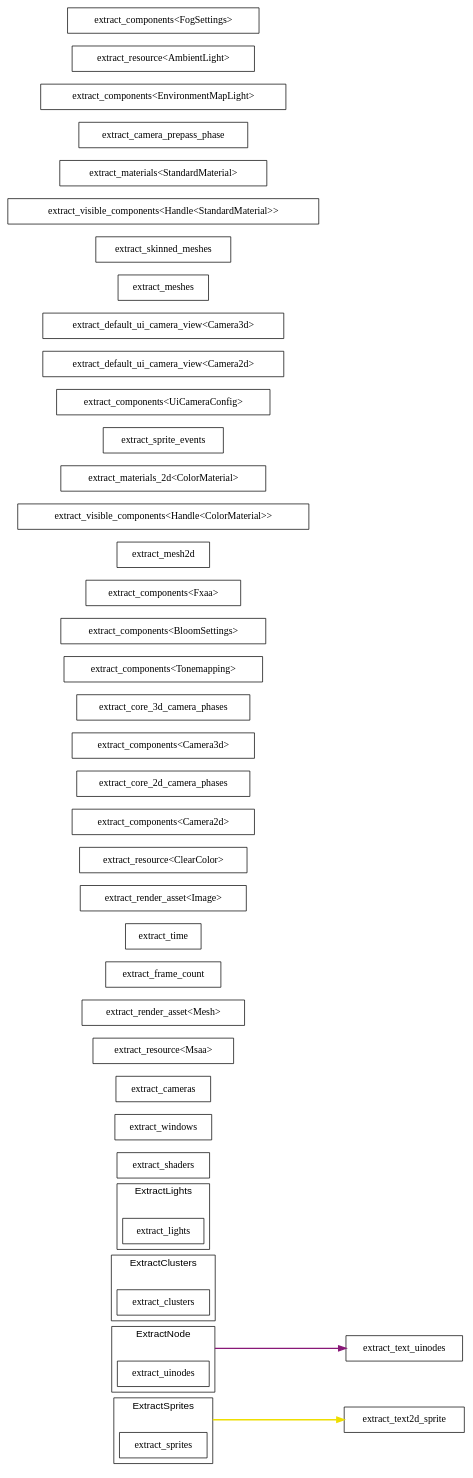
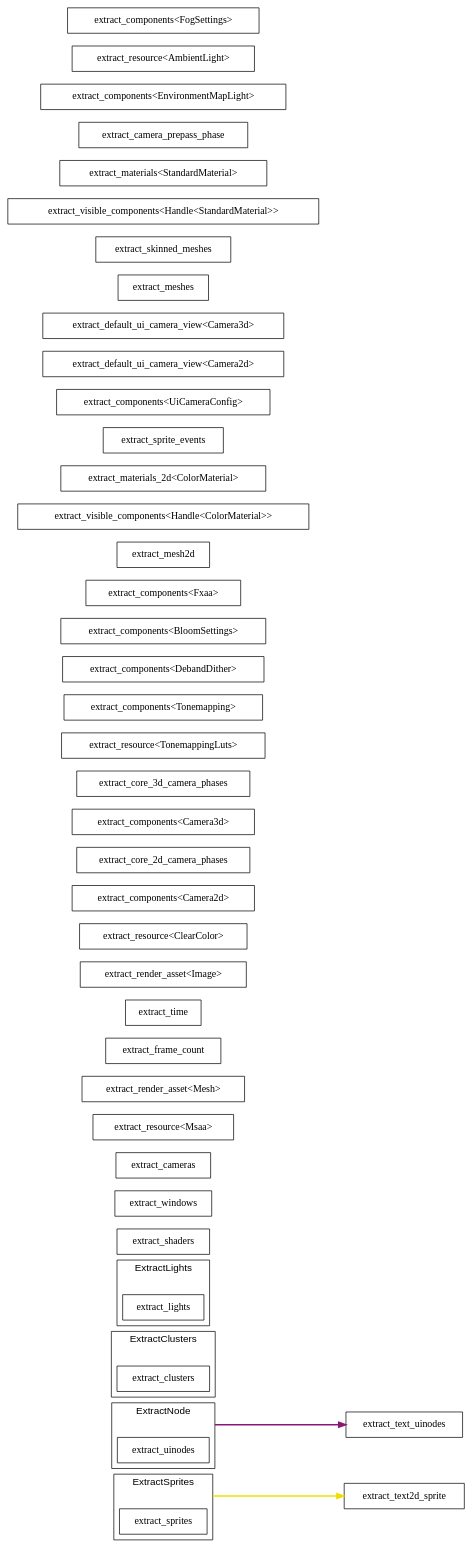
The diagram in docs/schedule/light/render_schedule_ExtractSchedule.dot (jakobhellermann/bevy_mod_debugdump), drawn with Graphviz before and after one commit. The commit also changed 39 other files, not shown here.

```diff
--- a/docs/schedule/light/render_schedule_ExtractSchedule.dot
+++ b/docs/schedule/light/render_schedule_ExtractSchedule.dot
@@ -1,80 +1,82 @@
 digraph "" {
 	"compound"="true";
 	"splines"="spline";
 	"rankdir"="LR";
 	"bgcolor"="white";
 	"fontname"="Helvetica";
 	edge ["penwidth"="2"];
 	node ["shape"="box", "style"="filled", "fillcolor"="white", "color"="black"];
-	subgraph "clusternode_Set(20)" {
+	subgraph "clusternode_Set(22)" {
 		"label"="ExtractSprites";
 		"tooltip"="ExtractSprites";
 		"bgcolor"="white";
 		"color"="black";
-		"set_marker_node_Set(20)" ["style"="invis", "label"="", "height"="0", "shape"="point"]
-		"node_System(19)" ["label"="extract_sprites", "tooltip"="bevy_sprite::render::extract_sprites"]
+		"set_marker_node_Set(22)" ["style"="invis", "label"="", "height"="0", "shape"="point"]
+		"node_System(21)" ["label"="extract_sprites", "tooltip"="bevy_sprite::render::extract_sprites"]
 	}
 	
-	subgraph "clusternode_Set(27)" {
+	subgraph "clusternode_Set(29)" {
 		"label"="ExtractNode";
 		"tooltip"="ExtractNode";
 		"bgcolor"="white";
 		"color"="black";
-		"set_marker_node_Set(27)" ["style"="invis", "label"="", "height"="0", "shape"="point"]
-		"node_System(25)" ["label"="extract_uinodes", "tooltip"="bevy_ui::render::extract_uinodes"]
+		"set_marker_node_Set(29)" ["style"="invis", "label"="", "height"="0", "shape"="point"]
+		"node_System(27)" ["label"="extract_uinodes", "tooltip"="bevy_ui::render::extract_uinodes"]
 	}
 	
-	subgraph "clusternode_Set(38)" {
+	subgraph "clusternode_Set(40)" {
 		"label"="ExtractClusters";
 		"tooltip"="ExtractClusters";
 		"bgcolor"="white";
 		"color"="black";
-		"set_marker_node_Set(38)" ["style"="invis", "label"="", "height"="0", "shape"="point"]
-		"node_System(35)" ["label"="extract_clusters", "tooltip"="bevy_pbr::render::light::extract_clusters"]
+		"set_marker_node_Set(40)" ["style"="invis", "label"="", "height"="0", "shape"="point"]
+		"node_System(37)" ["label"="extract_clusters", "tooltip"="bevy_pbr::render::light::extract_clusters"]
 	}
 	
-	subgraph "clusternode_Set(40)" {
+	subgraph "clusternode_Set(42)" {
 		"label"="ExtractLights";
 		"tooltip"="ExtractLights";
 		"bgcolor"="white";
 		"color"="black";
-		"set_marker_node_Set(40)" ["style"="invis", "label"="", "height"="0", "shape"="point"]
-		"node_System(36)" ["label"="extract_lights", "tooltip"="bevy_pbr::render::light::extract_lights"]
+		"set_marker_node_Set(42)" ["style"="invis", "label"="", "height"="0", "shape"="point"]
+		"node_System(38)" ["label"="extract_lights", "tooltip"="bevy_pbr::render::light::extract_lights"]
 	}
 	
 	"node_System(0)" ["label"="extract_shaders", "tooltip"="bevy_render::render_resource::pipeline_cache::PipelineCache::extract_shaders"]
 	"node_System(1)" ["label"="extract_windows", "tooltip"="bevy_render::view::window::extract_windows"]
 	"node_System(2)" ["label"="extract_cameras", "tooltip"="bevy_render::camera::camera::extract_cameras"]
 	"node_System(3)" ["label"="extract_resource<Msaa>", "tooltip"="bevy_render::extract_resource::extract_resource<bevy_render::view::Msaa>"]
 	"node_System(4)" ["label"="extract_render_asset<Mesh>", "tooltip"="bevy_render::render_asset::extract_render_asset<bevy_render::mesh::mesh::Mesh>"]
 	"node_System(5)" ["label"="extract_frame_count", "tooltip"="bevy_render::globals::extract_frame_count"]
 	"node_System(6)" ["label"="extract_time", "tooltip"="bevy_render::globals::extract_time"]
 	"node_System(7)" ["label"="extract_render_asset<Image>", "tooltip"="bevy_render::render_asset::extract_render_asset<bevy_render::texture::image::Image>"]
 	"node_System(8)" ["label"="extract_resource<ClearColor>", "tooltip"="bevy_render::extract_resource::extract_resource<bevy_core_pipeline::clear_color::ClearColor>"]
 	"node_System(9)" ["label"="extract_components<Camera2d>", "tooltip"="bevy_render::extract_component::extract_components<bevy_core_pipeline::core_2d::camera_2d::Camera2d>"]
 	"node_System(10)" ["label"="extract_core_2d_camera_phases", "tooltip"="bevy_core_pipeline::core_2d::extract_core_2d_camera_phases"]
 	"node_System(11)" ["label"="extract_components<Camera3d>", "tooltip"="bevy_render::extract_component::extract_components<bevy_core_pipeline::core_3d::camera_3d::Camera3d>"]
 	"node_System(12)" ["label"="extract_core_3d_camera_phases", "tooltip"="bevy_core_pipeline::core_3d::extract_core_3d_camera_phases"]
-	"node_System(13)" ["label"="extract_components<Tonemapping>", "tooltip"="bevy_render::extract_component::extract_components<bevy_core_pipeline::tonemapping::Tonemapping>"]
-	"node_System(14)" ["label"="extract_components<BloomSettings>", "tooltip"="bevy_render::extract_component::extract_components<bevy_core_pipeline::bloom::BloomSettings>"]
-	"node_System(15)" ["label"="extract_components<Fxaa>", "tooltip"="bevy_render::extract_component::extract_components<bevy_core_pipeline::fxaa::Fxaa>"]
-	"node_System(16)" ["label"="extract_mesh2d", "tooltip"="bevy_sprite::mesh2d::mesh::extract_mesh2d"]
-	"node_System(17)" ["label"="extract_visible_components<Handle<ColorMaterial>>", "tooltip"="bevy_render::extract_component::extract_visible_components<bevy_asset::handle::Handle<bevy_sprite::mesh2d::color_material::ColorMaterial>>"]
-	"node_System(18)" ["label"="extract_materials_2d<ColorMaterial>", "tooltip"="bevy_sprite::mesh2d::material::extract_materials_2d<bevy_sprite::mesh2d::color_material::ColorMaterial>"]
-	"node_System(20)" ["label"="extract_sprite_events", "tooltip"="bevy_sprite::render::extract_sprite_events"]
-	"node_System(21)" ["label"="extract_text2d_sprite", "tooltip"="bevy_text::text2d::extract_text2d_sprite"]
-	"node_System(22)" ["label"="extract_components<UiCameraConfig>", "tooltip"="bevy_render::extract_component::extract_components<bevy_ui::camera_config::UiCameraConfig>"]
-	"node_System(23)" ["label"="extract_default_ui_camera_view<Camera2d>", "tooltip"="bevy_ui::render::extract_default_ui_camera_view<bevy_core_pipeline::core_2d::camera_2d::Camera2d>"]
-	"node_System(24)" ["label"="extract_default_ui_camera_view<Camera3d>", "tooltip"="bevy_ui::render::extract_default_ui_camera_view<bevy_core_pipeline::core_3d::camera_3d::Camera3d>"]
-	"node_System(26)" ["label"="extract_text_uinodes", "tooltip"="bevy_ui::render::extract_text_uinodes"]
-	"node_System(27)" ["label"="extract_meshes", "tooltip"="bevy_pbr::render::mesh::extract_meshes"]
-	"node_System(28)" ["label"="extract_skinned_meshes", "tooltip"="bevy_pbr::render::mesh::extract_skinned_meshes"]
-	"node_System(29)" ["label"="extract_visible_components<Handle<StandardMaterial>>", "tooltip"="bevy_render::extract_component::extract_visible_components<bevy_asset::handle::Handle<bevy_pbr::pbr_material::StandardMaterial>>"]
-	"node_System(30)" ["label"="extract_materials<StandardMaterial>", "tooltip"="bevy_pbr::material::extract_materials<bevy_pbr::pbr_material::StandardMaterial>"]
-	"node_System(31)" ["label"="extract_camera_prepass_phase", "tooltip"="bevy_pbr::prepass::extract_camera_prepass_phase"]
-	"node_System(32)" ["label"="extract_components<EnvironmentMapLight>", "tooltip"="bevy_render::extract_component::extract_components<bevy_pbr::environment_map::EnvironmentMapLight>"]
-	"node_System(33)" ["label"="extract_resource<AmbientLight>", "tooltip"="bevy_render::extract_resource::extract_resource<bevy_pbr::light::AmbientLight>"]
-	"node_System(34)" ["label"="extract_components<FogSettings>", "tooltip"="bevy_render::extract_component::extract_components<bevy_pbr::fog::FogSettings>"]
-	"set_marker_node_Set(20)" -> "node_System(21)" ["lhead"="", "ltail"="clusternode_Set(20)", "tooltip"="ExtractSprites → extract_text2d_sprite", "color"="#eede00"]
-	"set_marker_node_Set(27)" -> "node_System(26)" ["lhead"="", "ltail"="clusternode_Set(27)", "tooltip"="ExtractNode → extract_text_uinodes", "color"="#881877"]
+	"node_System(13)" ["label"="extract_resource<TonemappingLuts>", "tooltip"="bevy_render::extract_resource::extract_resource<bevy_core_pipeline::tonemapping::TonemappingLuts>"]
+	"node_System(14)" ["label"="extract_components<Tonemapping>", "tooltip"="bevy_render::extract_component::extract_components<bevy_core_pipeline::tonemapping::Tonemapping>"]
+	"node_System(15)" ["label"="extract_components<DebandDither>", "tooltip"="bevy_render::extract_component::extract_components<bevy_core_pipeline::tonemapping::DebandDither>"]
+	"node_System(16)" ["label"="extract_components<BloomSettings>", "tooltip"="bevy_render::extract_component::extract_components<bevy_core_pipeline::bloom::BloomSettings>"]
+	"node_System(17)" ["label"="extract_components<Fxaa>", "tooltip"="bevy_render::extract_component::extract_components<bevy_core_pipeline::fxaa::Fxaa>"]
+	"node_System(18)" ["label"="extract_mesh2d", "tooltip"="bevy_sprite::mesh2d::mesh::extract_mesh2d"]
+	"node_System(19)" ["label"="extract_visible_components<Handle<ColorMaterial>>", "tooltip"="bevy_render::extract_component::extract_visible_components<bevy_asset::handle::Handle<bevy_sprite::mesh2d::color_material::ColorMaterial>>"]
+	"node_System(20)" ["label"="extract_materials_2d<ColorMaterial>", "tooltip"="bevy_sprite::mesh2d::material::extract_materials_2d<bevy_sprite::mesh2d::color_material::ColorMaterial>"]
+	"node_System(22)" ["label"="extract_sprite_events", "tooltip"="bevy_sprite::render::extract_sprite_events"]
+	"node_System(23)" ["label"="extract_text2d_sprite", "tooltip"="bevy_text::text2d::extract_text2d_sprite"]
+	"node_System(24)" ["label"="extract_components<UiCameraConfig>", "tooltip"="bevy_render::extract_component::extract_components<bevy_ui::camera_config::UiCameraConfig>"]
+	"node_System(25)" ["label"="extract_default_ui_camera_view<Camera2d>", "tooltip"="bevy_ui::render::extract_default_ui_camera_view<bevy_core_pipeline::core_2d::camera_2d::Camera2d>"]
+	"node_System(26)" ["label"="extract_default_ui_camera_view<Camera3d>", "tooltip"="bevy_ui::render::extract_default_ui_camera_view<bevy_core_pipeline::core_3d::camera_3d::Camera3d>"]
+	"node_System(28)" ["label"="extract_text_uinodes", "tooltip"="bevy_ui::render::extract_text_uinodes"]
+	"node_System(29)" ["label"="extract_meshes", "tooltip"="bevy_pbr::render::mesh::extract_meshes"]
+	"node_System(30)" ["label"="extract_skinned_meshes", "tooltip"="bevy_pbr::render::mesh::extract_skinned_meshes"]
+	"node_System(31)" ["label"="extract_visible_components<Handle<StandardMaterial>>", "tooltip"="bevy_render::extract_component::extract_visible_components<bevy_asset::handle::Handle<bevy_pbr::pbr_material::StandardMaterial>>"]
+	"node_System(32)" ["label"="extract_materials<StandardMaterial>", "tooltip"="bevy_pbr::material::extract_materials<bevy_pbr::pbr_material::StandardMaterial>"]
+	"node_System(33)" ["label"="extract_camera_prepass_phase", "tooltip"="bevy_pbr::prepass::extract_camera_prepass_phase"]
+	"node_System(34)" ["label"="extract_components<EnvironmentMapLight>", "tooltip"="bevy_render::extract_component::extract_components<bevy_pbr::environment_map::EnvironmentMapLight>"]
+	"node_System(35)" ["label"="extract_resource<AmbientLight>", "tooltip"="bevy_render::extract_resource::extract_resource<bevy_pbr::light::AmbientLight>"]
+	"node_System(36)" ["label"="extract_components<FogSettings>", "tooltip"="bevy_render::extract_component::extract_components<bevy_pbr::fog::FogSettings>"]
+	"set_marker_node_Set(22)" -> "node_System(23)" ["lhead"="", "ltail"="clusternode_Set(22)", "tooltip"="ExtractSprites → extract_text2d_sprite", "color"="#eede00"]
+	"set_marker_node_Set(29)" -> "node_System(28)" ["lhead"="", "ltail"="clusternode_Set(29)", "tooltip"="ExtractNode → extract_text_uinodes", "color"="#881877"]
 }
```
